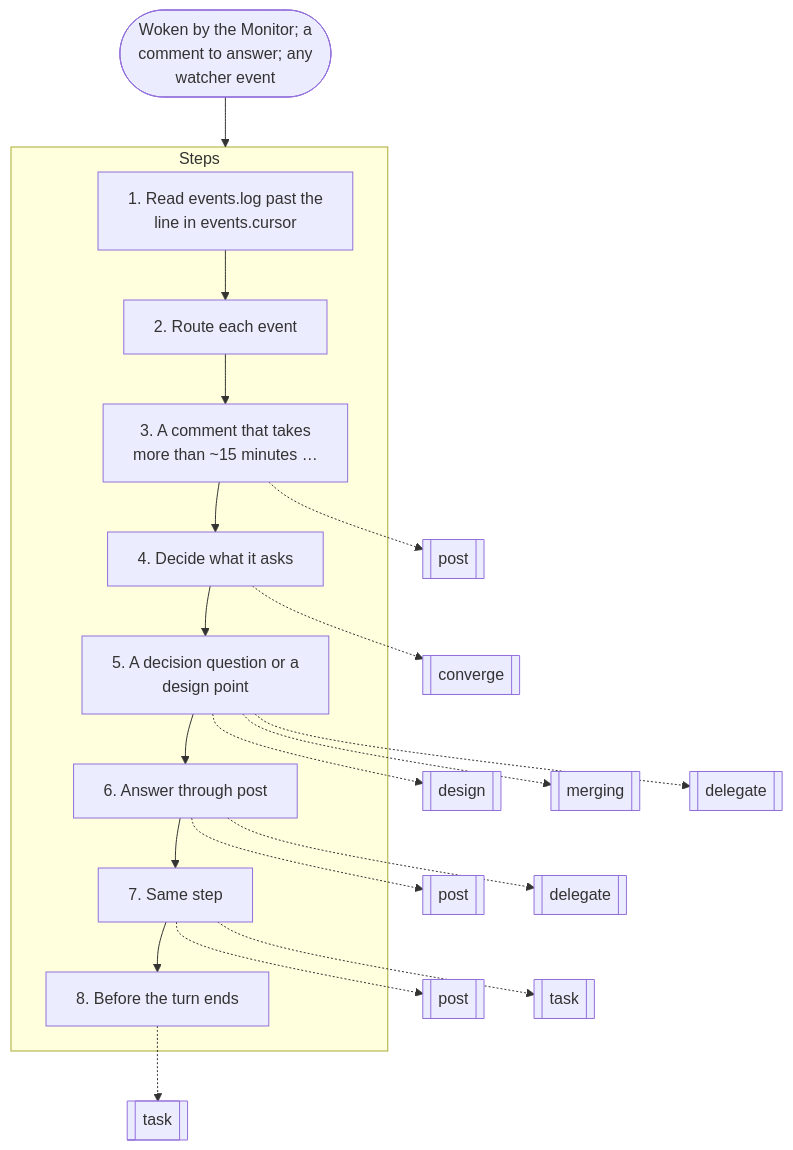
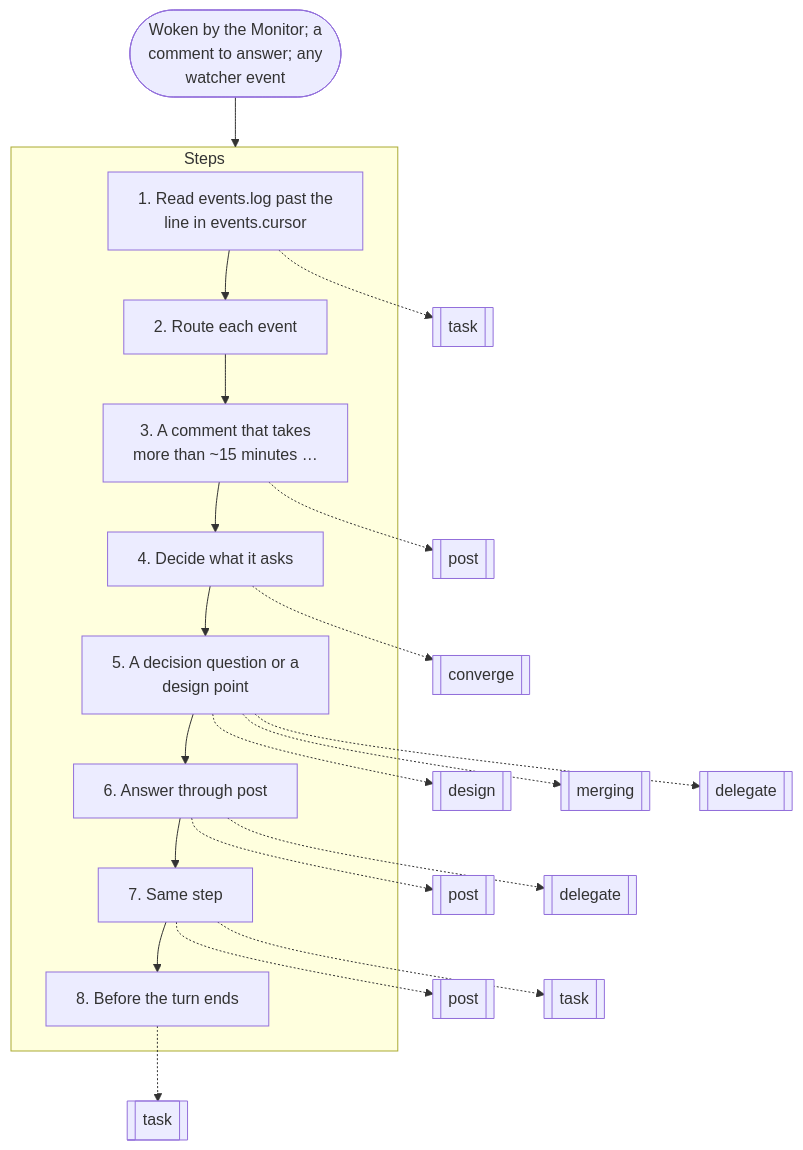
The third of 19 diagrams in docs/graphs.md (nitedani/mergeworthy), drawn with Mermaid before and after one commit. The commit also changed other lines of this file and 12 other files, not shown here.

````diff
--- a/docs/graphs.md
+++ b/docs/graphs.md
@@ -78,32 +78,33 @@
 ```mermaid
 flowchart TB
   start(["Woken by the Monitor; a<br/>comment to answer; any<br/>watcher event"])
   subgraph g0["Steps"]
     s0["1. Read events.log past the<br/>line in events.cursor"]
     s1["2. Route each event"]
     s0 --> s1
     s2["3. A comment that takes<br/>more than ~15 minutes …"]
     s1 --> s2
     s3["4. Decide what it asks"]
     s2 --> s3
     s4["5. A decision question or a<br/>design point"]
     s3 --> s4
     s5["6. Answer through post"]
     s4 --> s5
     s6["7. Same step"]
     s5 --> s6
     s7["8. Before the turn ends"]
     s6 --> s7
   end
-  s2 -.-> r1[["post"]]
-  s3 -.-> r2[["converge"]]
-  s4 -.-> r3[["design"]]
-  s4 -.-> r4[["merging"]]
-  s4 -.-> r5[["delegate"]]
-  s5 -.-> r6[["post"]]
-  s5 -.-> r7[["delegate"]]
-  s6 -.-> r8[["post"]]
-  s6 -.-> r9[["task"]]
-  s7 -.-> r10[["task"]]
+  s0 -.-> r1[["task"]]
+  s2 -.-> r2[["post"]]
+  s3 -.-> r3[["converge"]]
+  s4 -.-> r4[["design"]]
+  s4 -.-> r5[["merging"]]
+  s4 -.-> r6[["delegate"]]
+  s5 -.-> r7[["post"]]
+  s5 -.-> r8[["delegate"]]
+  s6 -.-> r9[["post"]]
+  s6 -.-> r10[["task"]]
+  s7 -.-> r11[["task"]]
   start --> g0
 ```
````
